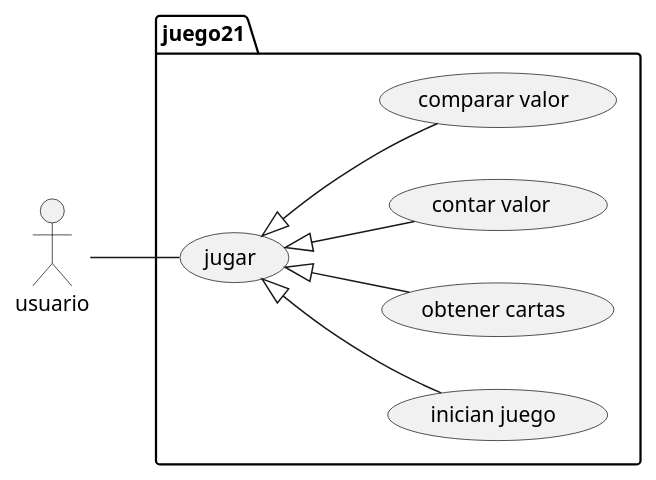
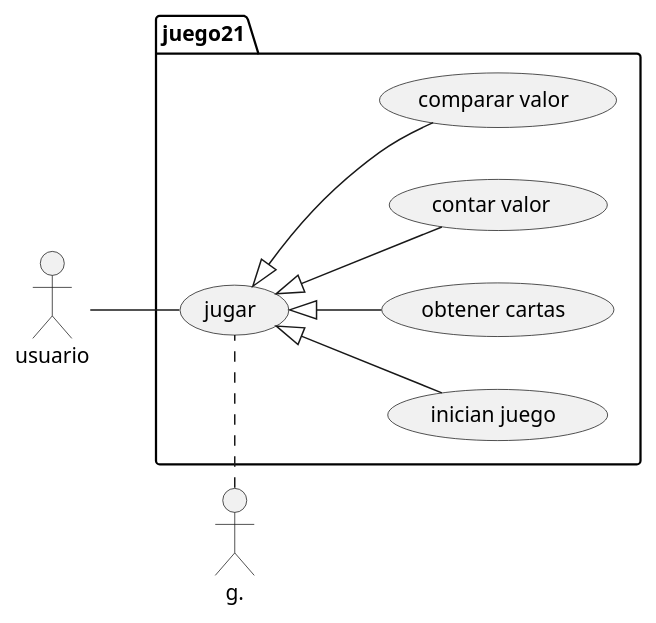
One commit to Felipr19/practica-git changed the diagram in Diagramas/casos de uso.plantuml. Above: the diagram before and after it, drawn with PlantUML. The commit also changed 1 other file, not shown here.

```diff
--- a/Diagramas/casos de uso.plantuml
+++ b/Diagramas/casos de uso.plantuml
@@ -1,21 +1,21 @@
 @startuml
 
 left to right direction
 actor usuario as g
 
 package juego21{
     usecase "jugar" as UC1
     usecase "inician juego" as UC2
     usecase "obtener cartas" as UC3
     usecase "contar valor "as UC4
     usecase "comparar valor" as UC5
 
 }
 
 g--UC1
 UC1<|--UC2
 UC1<|--UC3
 UC1<|--UC4
 UC1<|--UC5
-
+g..UC1
 @enduml
```
